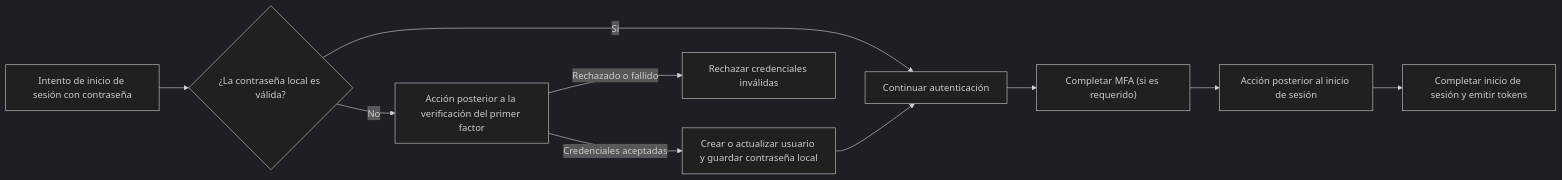
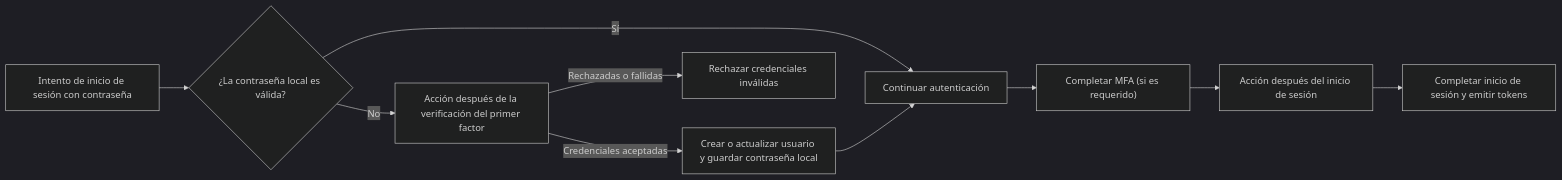
The diagram in i18n/es/docusaurus-plugin-content-docs/current/developers/actions/README.mdx (logto-io/docs), drawn with Mermaid (dark theme) before and after one commit. The commit also changed other lines of this file and 17 other files, not shown here.

````diff
--- a/i18n/es/docusaurus-plugin-content-docs/current/developers/actions/README.mdx
+++ b/i18n/es/docusaurus-plugin-content-docs/current/developers/actions/README.mdx
@@ -29,12 +29,12 @@
 ```mermaid
 flowchart LR
   A["Intento de inicio de sesión con contraseña"] --> B{"¿La contraseña local es válida?"}
   B -->|"Sí"| E["Continuar autenticación"]
-  B -->|"No"| C["Acción posterior a la verificación del primer factor"]
+  B -->|"No"| C["Acción después de la verificación del primer factor"]
   C -->|"Credenciales aceptadas"| D["Crear o actualizar usuario y guardar contraseña local"]
-  C -->|"Rechazado o fallido"| X["Rechazar credenciales inválidas"]
+  C -->|"Rechazadas o fallidas"| X["Rechazar credenciales inválidas"]
   D --> E
   E --> F["Completar MFA (si es requerido)"]
-  F --> G["Acción posterior al inicio de sesión"]
+  F --> G["Acción después del inicio de sesión"]
   G --> H["Completar inicio de sesión y emitir tokens"]
 ```
````
